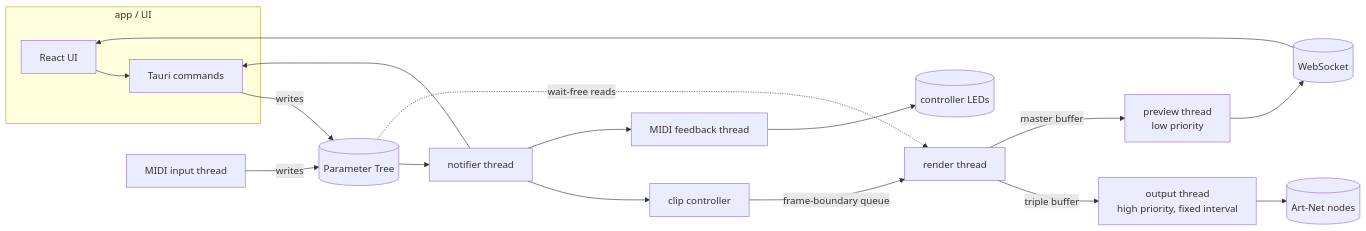
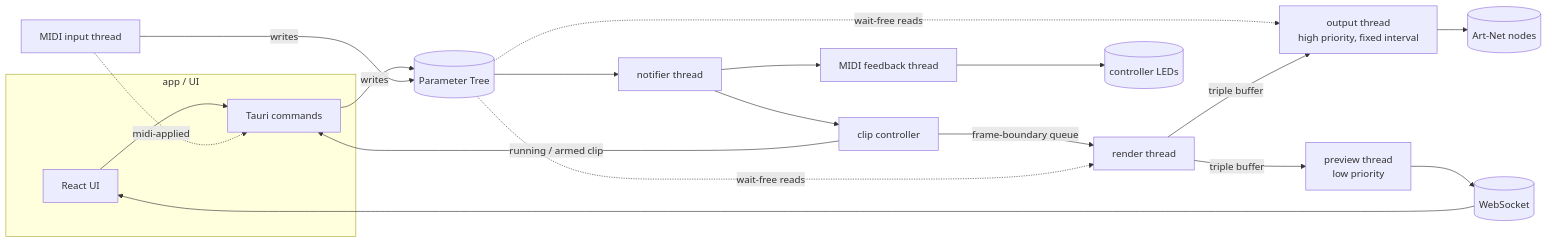
One commit to roccba/prisma-lighting changed the third of 5 diagrams in ARCHITECTURE.md. Above: the diagram before and after it, drawn with Mermaid. The commit also changed other lines of this file, not shown here.

First line of the commit message:
ARCHITECTURE: match the code after live model phases 1-2b and whites

````diff
--- a/ARCHITECTURE.md
+++ b/ARCHITECTURE.md
@@ -129,33 +135,35 @@
 ```mermaid
 flowchart LR
     subgraph app [app / UI]
         UI[React UI]
         CMD[Tauri commands]
     end
     MIDIIN[MIDI input thread]
     TREE[(Parameter Tree)]
     NOTIFY[notifier thread]
     CLIPS[clip controller]
     FEED[MIDI feedback thread]
     RENDER[render thread]
     OUT[output thread<br/>high priority, fixed interval]
     PREV[preview thread<br/>low priority]
     NET[(Art-Net nodes)]
     WS[(WebSocket)]
 
     UI --> CMD
     CMD -- writes --> TREE
     MIDIIN -- writes --> TREE
     TREE --> NOTIFY
     NOTIFY --> CLIPS
     NOTIFY --> FEED
-    NOTIFY --> CMD
     CLIPS -- frame-boundary queue --> RENDER
+    CLIPS -- running / armed clip --> CMD
+    MIDIIN -. midi-applied .-> CMD
     TREE -. wait-free reads .-> RENDER
+    TREE -. wait-free reads .-> OUT
     RENDER -- triple buffer --> OUT
-    RENDER -- master buffer --> PREV
+    RENDER -- triple buffer --> PREV
     OUT --> NET
     PREV --> WS
     WS --> UI
     FEED --> MIDIOUT[(controller LEDs)]
 ```
````
